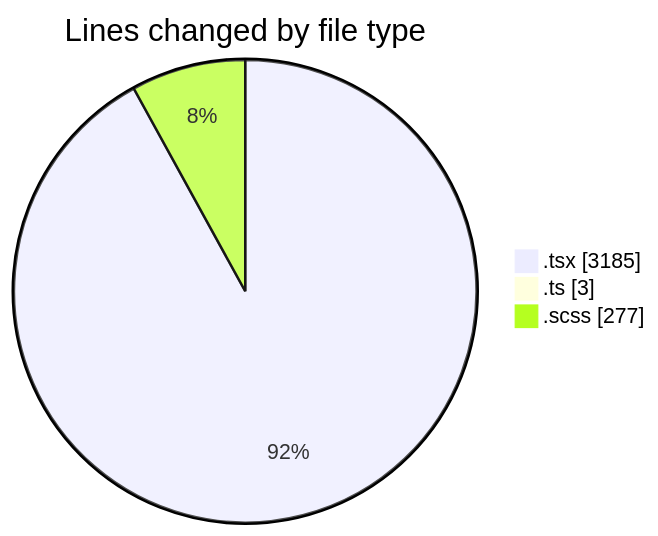
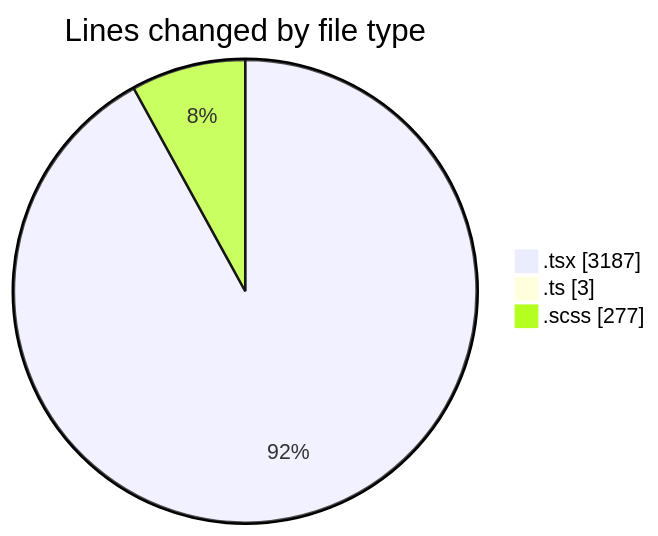
The first of 2 diagrams in 2025-11-17/cda/README.md (momahboobian/code-tracking), drawn with Mermaid before and after one commit. The commit also changed other lines of this file and 1 other file, not shown here.

````diff
--- a/2025-11-17/cda/README.md
+++ b/2025-11-17/cda/README.md
@@ -25,7 +25,7 @@
 ```mermaid
 pie showData
 title Lines changed by file type
-".tsx" : 3185
+".tsx" : 3187
 ".ts" : 3
 ".scss" : 277
 ```
````
